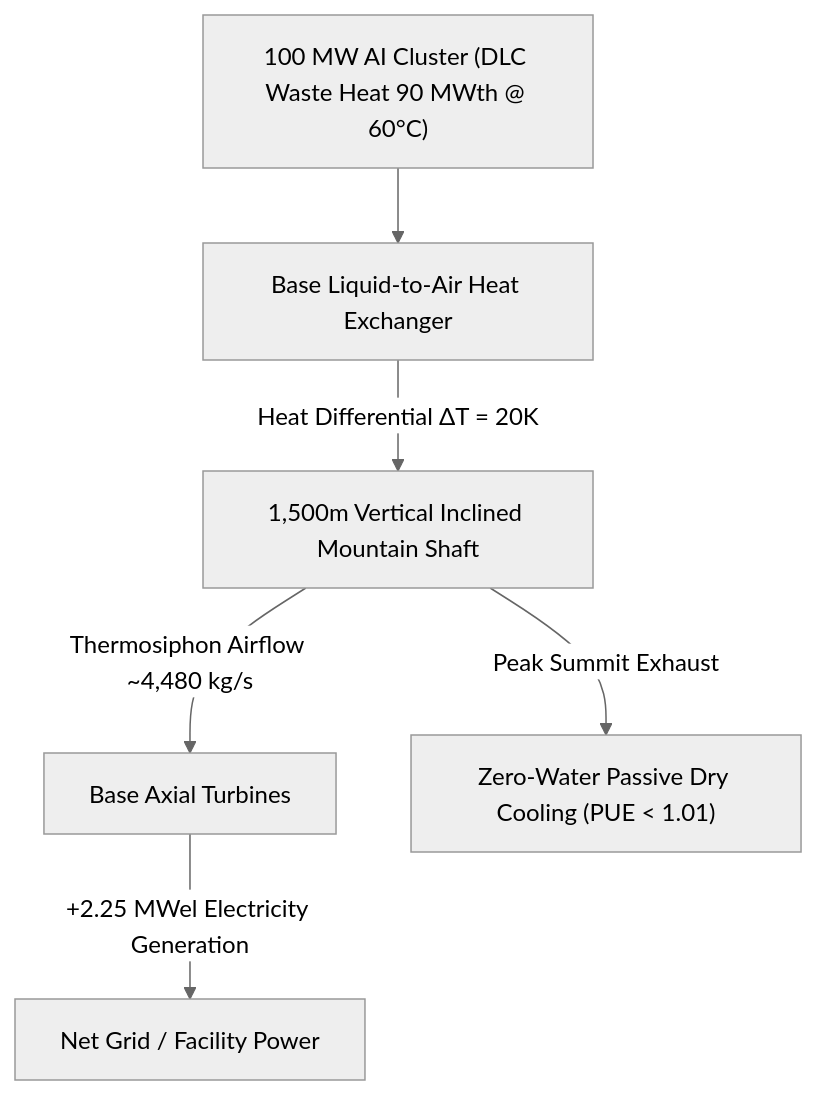
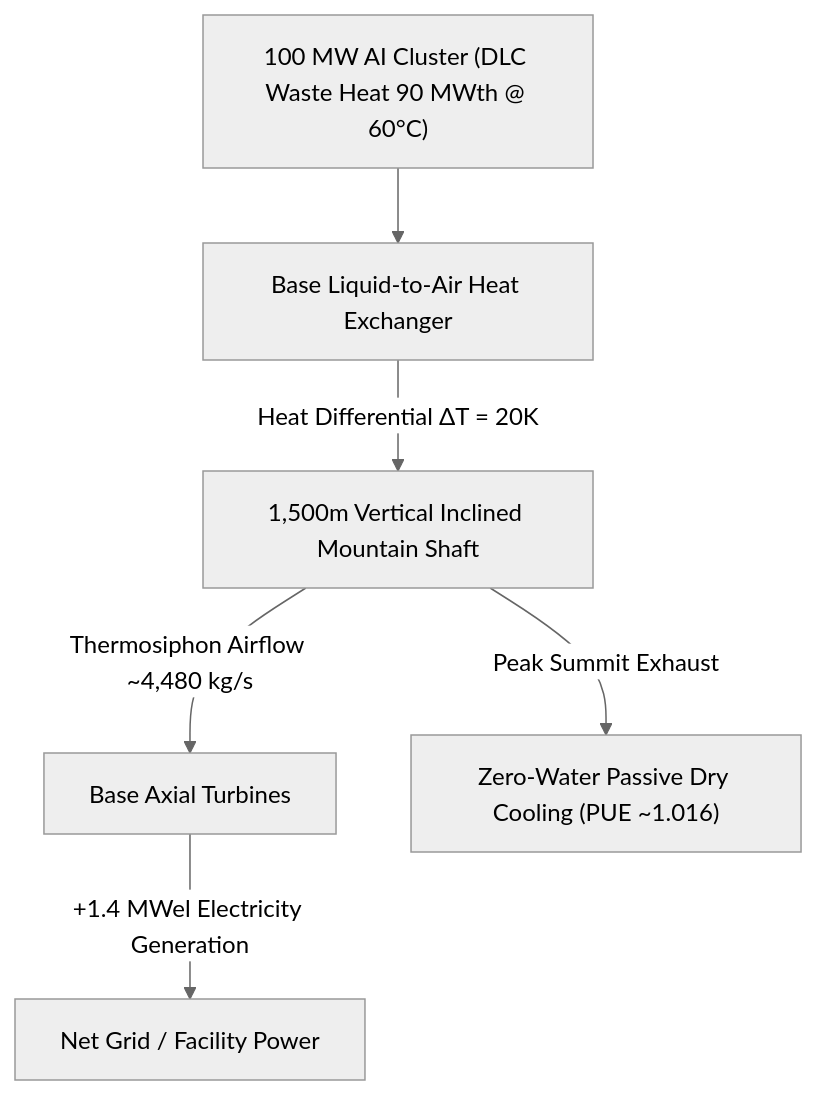
Before and after one commit to KienCD-hash/alpine-updraft-datacenter: the diagram in README.md, drawn with Mermaid (neutral theme). The commit also changed other lines of this file and 6 other files, not shown here.

````diff
--- a/README.md
+++ b/README.md
@@ -21,8 +25,8 @@
 ```mermaid
 graph TD
     A["100 MW AI Cluster (DLC Waste Heat 90 MWth @ 60°C)"] --> B["Base Liquid-to-Air Heat Exchanger"]
     B -->|Heat Differential ΔT = 20K| C["1,500m Vertical Inclined Mountain Shaft"]
     C -->|Thermosiphon Airflow ~4,480 kg/s| D["Base Axial Turbines"]
-    D -->|+2.25 MWel Electricity Generation| E["Net Grid / Facility Power"]
-    C -->|Peak Summit Exhaust| F["Zero-Water Passive Dry Cooling (PUE < 1.01)"]
+    D -->|+1.4 MWel Electricity Generation| E["Net Grid / Facility Power"]
+    C -->|Peak Summit Exhaust| F["Zero-Water Passive Dry Cooling (PUE ~1.016)"]
 ```
````
